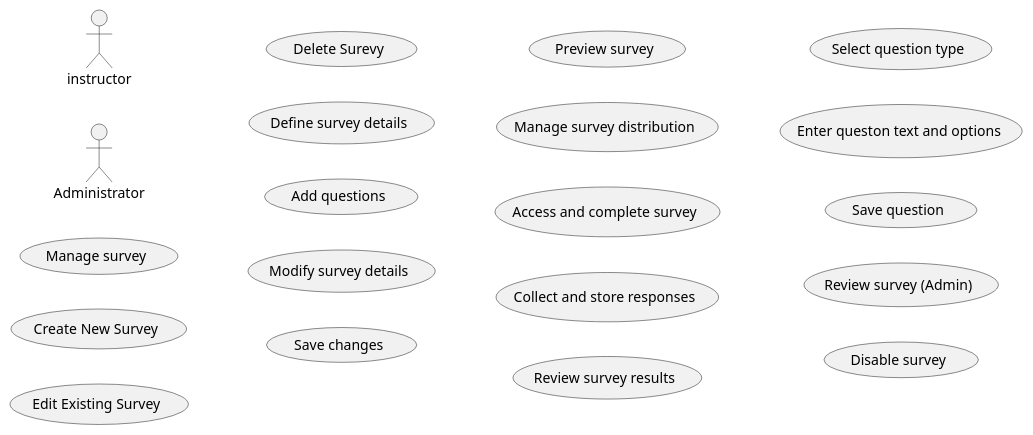
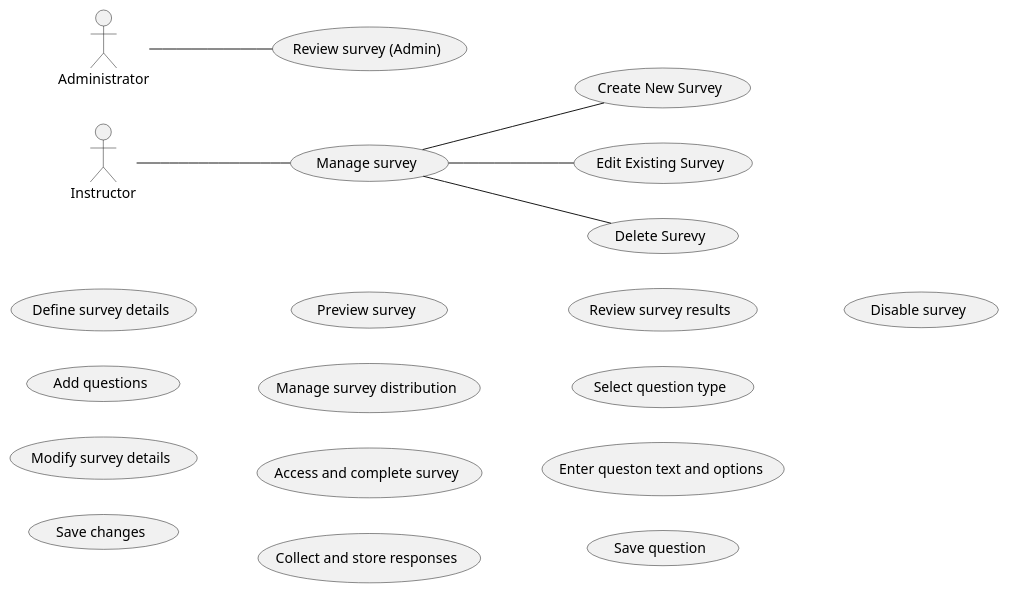
One commit to bahati7/MKB-cohort-2-Demo changed the diagram in doc/usecases/plantUML/manage_survey_usecase.puml. Above: the diagram before and after it, drawn with PlantUML.

Commit message:
#23 Diagramming the manage survey use case: I implemented the role-action associations of the admin and instructor to manage survey use case and it actons

```diff
--- a/doc/usecases/plantUML/manage_survey_usecase.puml
+++ b/doc/usecases/plantUML/manage_survey_usecase.puml
@@ -1,32 +1,34 @@
 @startuml
 
 left to right direction
 
-actor instructor
+actor Instructor
 actor Administrator
 
 usecase "Manage survey" as ManageSurvey
 usecase "Create New Survey" as CreateNewSurvey
 usecase "Edit Existing Survey" as EditSurvey
 usecase "Delete Surevy" as DeleteSurvey
 usecase "Define survey details" as DefineDetails
 usecase "Add questions" as AddQuestions
 usecase "Modify survey details" as ModifyDetails
 usecase "Save changes" as SaveChanges
 usecase "Preview survey" as PreviewSurvey
 usecase "Manage survey distribution" as ManageDistribution
 usecase "Access and complete survey" as CompleteSurvey
 usecase "Collect and store responses" as StoreResponses
 usecase "Review survey results" as ReviewResults
 usecase "Select question type" as SelectQuestionType
 usecase "Enter queston text and options" as EnterQuestionOptions
 usecase "Save question" as SaveQuestion
 usecase "Review survey (Admin)" as ReviewSurveyAdmin
 usecase "Disable survey" as DisableSurvey 
 
+Instructor -- ManageSurvey
+Administrator -- ReviewSurveyAdmin
 
-
-
-
+ManageSurvey -- CreateNewSurvey
+ManageSurvey -- EditSurvey
+ManageSurvey -- DeleteSurvey
 
 @enduml
```
